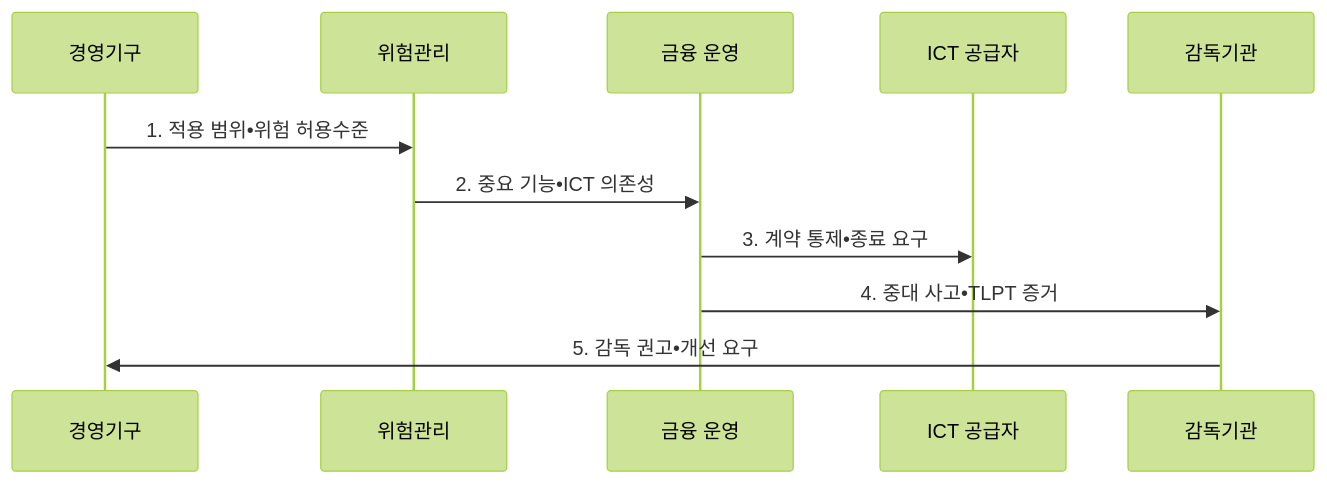
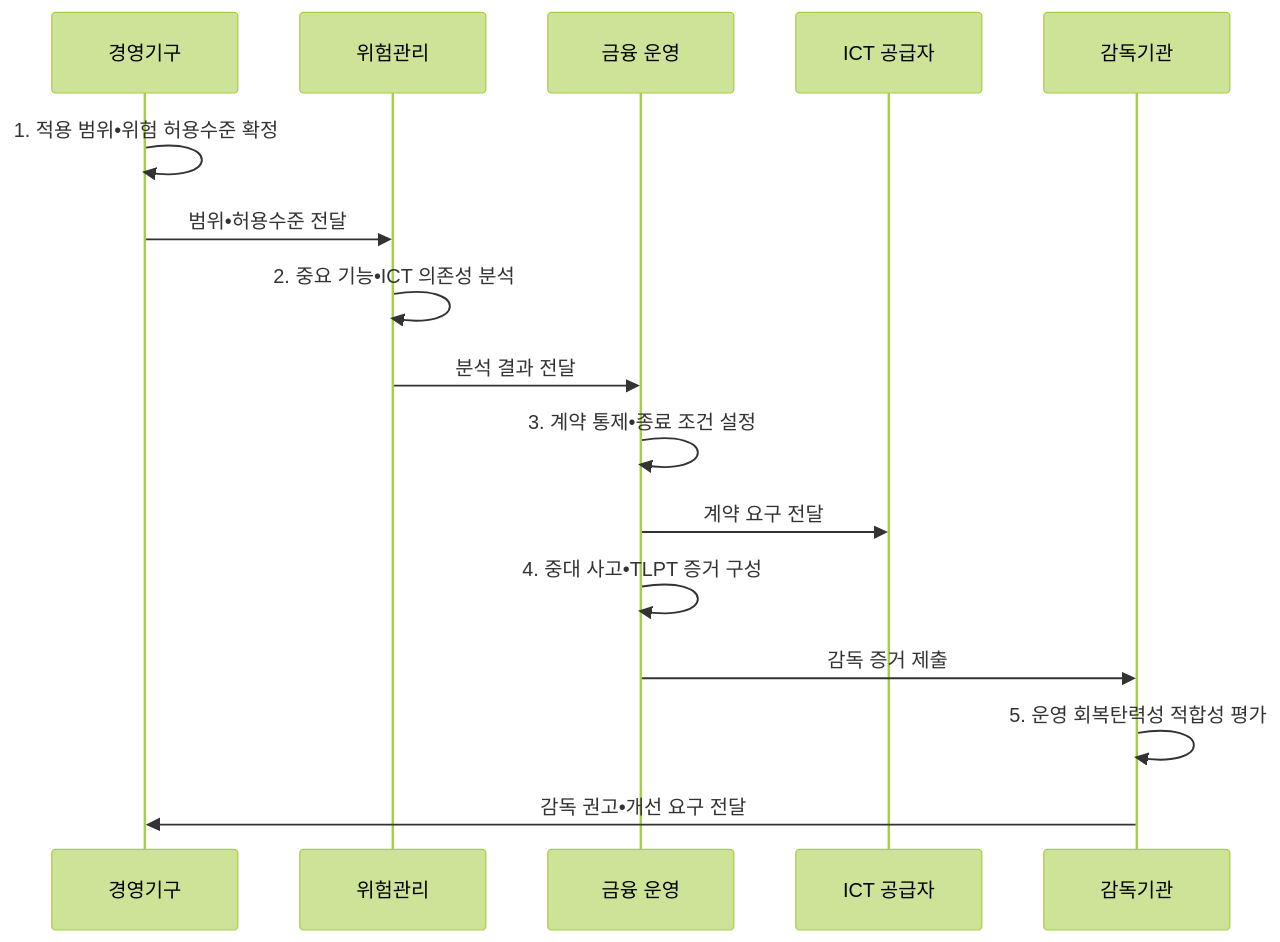
Before and after one commit to agnusdei1207/knowledge-base: the second of 2 diagrams in src/content/docs/notes/05-security/124_eu_dora.md, drawn with Mermaid (forest theme). The commit also changed other lines of this file and 19 other files, not shown here.

````diff
--- a/src/content/docs/notes/05-security/124_eu_dora.md
+++ b/src/content/docs/notes/05-security/124_eu_dora.md
@@ -103,13 +103,18 @@
 ```mermaid
 sequenceDiagram
   participant B as 경영기구
   participant R as 위험관리
   participant O as 금융 운영
   participant P as ICT 공급자
   participant A as 감독기관
-  B->>R: 1. 적용 범위•위험 허용수준
-  R->>O: 2. 중요 기능•ICT 의존성
-  O->>P: 3. 계약 통제•종료 요구
-  O->>A: 4. 중대 사고•TLPT 증거
-  A->>B: 5. 감독 권고•개선 요구
+  B->>B: 1. 적용 범위•위험 허용수준 확정
+  B->>R: 범위•허용수준 전달
+  R->>R: 2. 중요 기능•ICT 의존성 분석
+  R->>O: 분석 결과 전달
+  O->>O: 3. 계약 통제•종료 조건 설정
+  O->>P: 계약 요구 전달
+  O->>O: 4. 중대 사고•TLPT 증거 구성
+  O->>A: 감독 증거 제출
+  A->>A: 5. 운영 회복탄력성 적합성 평가
+  A->>B: 감독 권고•개선 요구 전달
 ```
````
